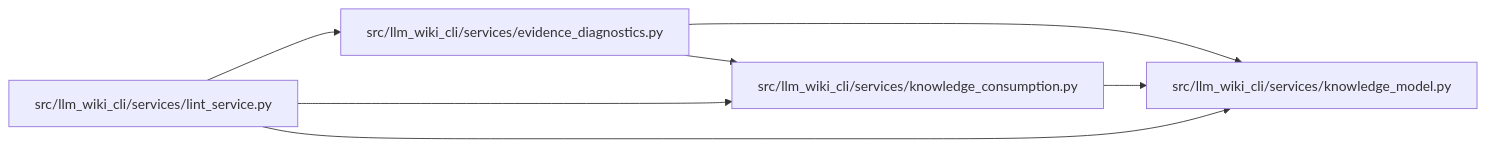
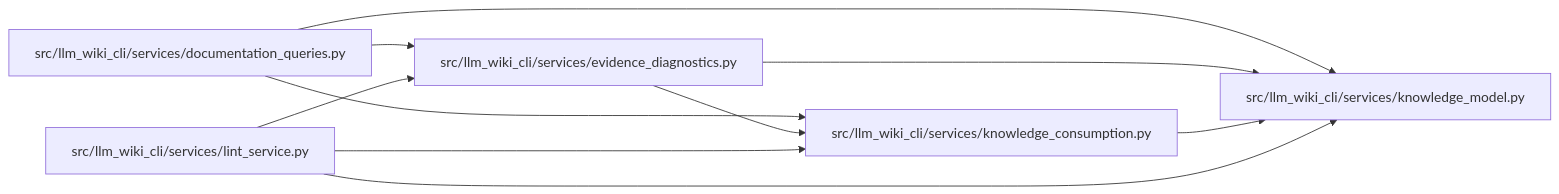
One commit to Denissvgn/python-wiki-llm changed the diagram in docs/llm_wiki/modules/evidence_diagnostics.md. Above: the diagram before and after it, drawn with Mermaid. The commit also changed other lines of this file and 631 other files, not shown here.

````diff
--- a/docs/llm_wiki/modules/evidence_diagnostics.md
+++ b/docs/llm_wiki/modules/evidence_diagnostics.md
@@ -50,17 +50,22 @@
 ```mermaid
 flowchart LR
-    n0["src/llm_wiki_cli/services/evidence_diagnostics.py"]
-    n1["src/llm_wiki_cli/services/knowledge_consumption.py"]
-    n2["src/llm_wiki_cli/services/knowledge_model.py"]
-    n3["src/llm_wiki_cli/services/lint_service.py"]
+    n0["src/llm_wiki_cli/services/documentation_queries.py"]
+    n1["src/llm_wiki_cli/services/evidence_diagnostics.py"]
+    n2["src/llm_wiki_cli/services/knowledge_consumption.py"]
+    n3["src/llm_wiki_cli/services/knowledge_model.py"]
+    n4["src/llm_wiki_cli/services/lint_service.py"]
     n0 --> n1
     n0 --> n2
+    n0 --> n3
     n1 --> n2
-    n3 --> n0
-    n3 --> n1
-    n3 --> n2
-    click n0 "../modules/evidence_diagnostics.md"
-    click n1 "../modules/knowledge_consumption.md"
-    click n2 "../modules/knowledge_model.md"
-    click n3 "../modules/lint_service.md"
+    n1 --> n3
+    n2 --> n3
+    n4 --> n1
+    n4 --> n2
+    n4 --> n3
+    click n0 "../modules/documentation_queries.md"
+    click n1 "../modules/evidence_diagnostics.md"
+    click n2 "../modules/knowledge_consumption.md"
+    click n3 "../modules/knowledge_model.md"
+    click n4 "../modules/lint_service.md"
 ```
````
